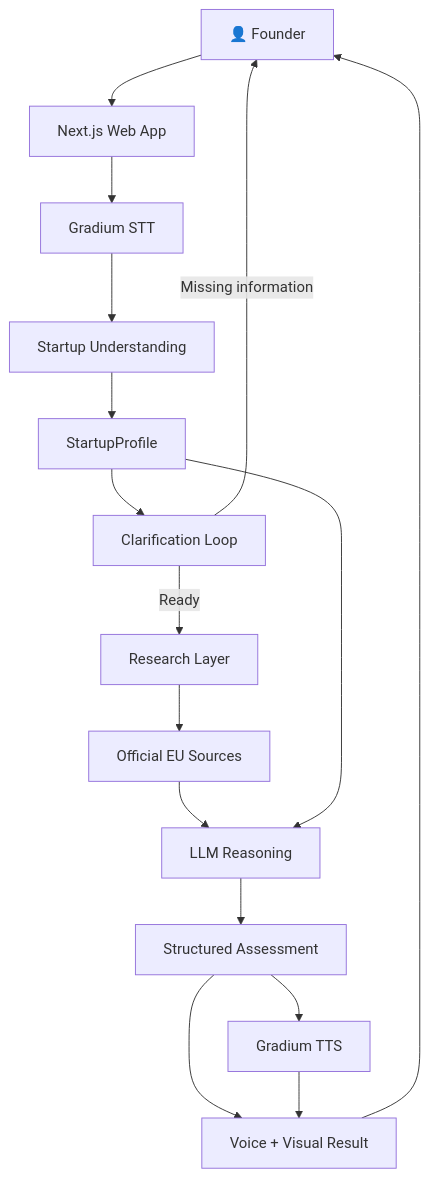
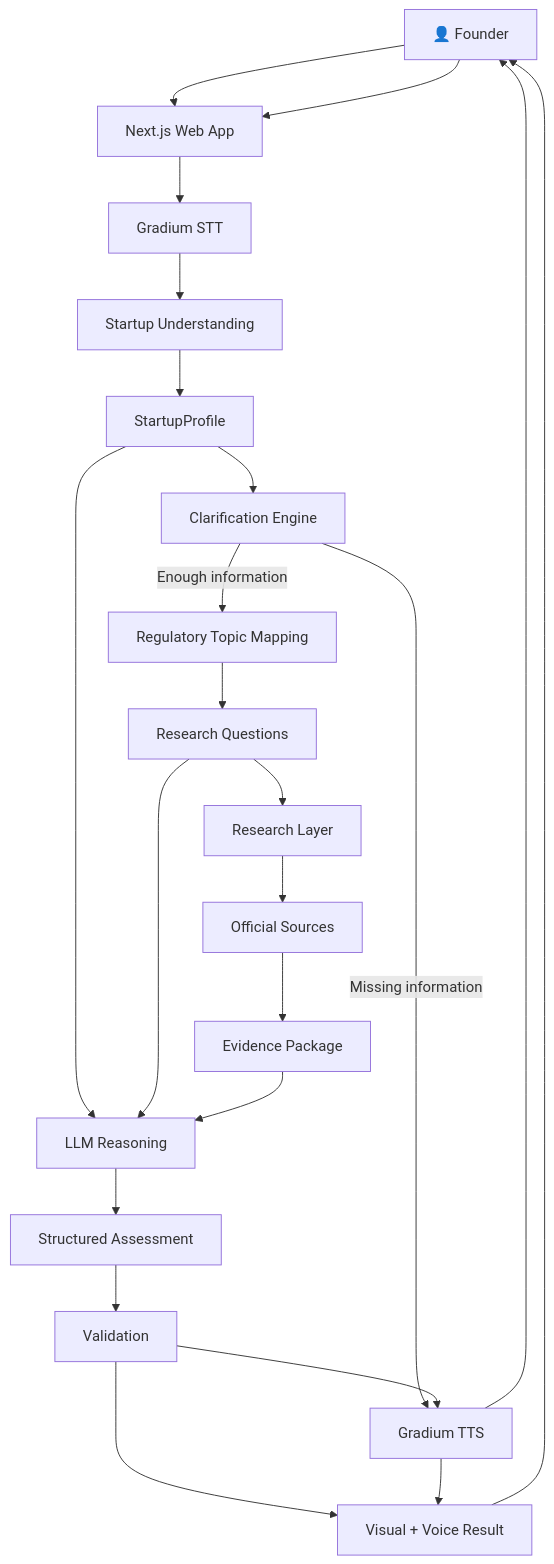
One commit to vishalsingh2972/CanIShipEU changed the fifth of 6 diagrams in README.md. Above: the diagram before and after it, drawn with Mermaid. The commit also changed other lines of this file, not shown here.

````diff
--- a/README.md
+++ b/README.md
@@ -514,49 +1136,68 @@
 ```mermaid
 flowchart TB
 
     USER["👤 Founder"]
 
-    FRONTEND["Next.js Web App"]
+    UI["Next.js Web App"]
 
     STT["Gradium STT"]
 
     UNDERSTANDING["Startup Understanding"]
 
     PROFILE["StartupProfile"]
 
-    CLARIFICATION["Clarification Loop"]
+    CLARIFY["Clarification Engine"]
 
-    RESEARCH["Research Layer"]
+    MAP["Regulatory Topic Mapping"]
 
-    SOURCES["Official EU Sources"]
+    QUESTIONS["Research Questions"]
+
+    SEARCH["Research Layer"]
+
+    SOURCES["Official Sources"]
+
+    EVIDENCE["Evidence Package"]
 
     LLM["LLM Reasoning"]
 
-    ASSESSMENT["Structured Assessment"]
+    ASSESS["Structured Assessment"]
+
+    VALIDATE["Validation"]
 
     TTS["Gradium TTS"]
 
-    RESULT["Voice + Visual Result"]
+    RESULT["Visual + Voice Result"]
 
-    USER --> FRONTEND
-    FRONTEND --> STT
+    USER --> UI
+    UI --> STT
     STT --> UNDERSTANDING
+
     UNDERSTANDING --> PROFILE
+    PROFILE --> CLARIFY
 
-    PROFILE --> CLARIFICATION
+    CLARIFY -->|Missing information| TTS
+    TTS --> USER
 
-    CLARIFICATION -->|Missing information| USER
-    CLARIFICATION -->|Ready| RESEARCH
+    CLARIFY -->|Enough information| MAP
 
-    RESEARCH --> SOURCES
-    SOURCES --> LLM
+    MAP --> QUESTIONS
+    QUESTIONS --> SEARCH
+
+    SEARCH --> SOURCES
+    SOURCES --> EVIDENCE
+
     PROFILE --> LLM
+    QUESTIONS --> LLM
+    EVIDENCE --> LLM
 
-    LLM --> ASSESSMENT
+    LLM --> ASSESS
+    ASSESS --> VALIDATE
 
-    ASSESSMENT --> TTS
-    ASSESSMENT --> RESULT
+    VALIDATE --> RESULT
+    VALIDATE --> TTS
+
     TTS --> RESULT
+    RESULT --> USER
 
-    RESULT --> USER
+    USER --> UI
 ```
````
